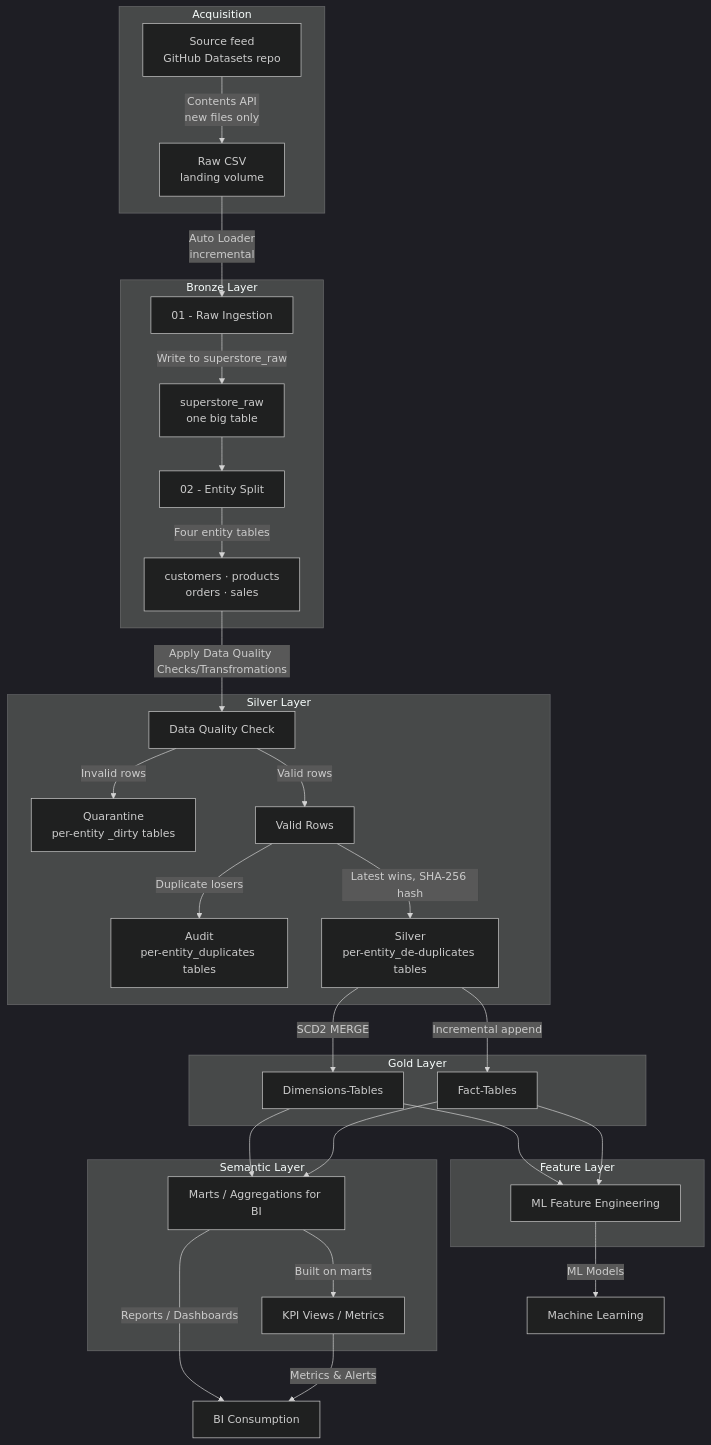
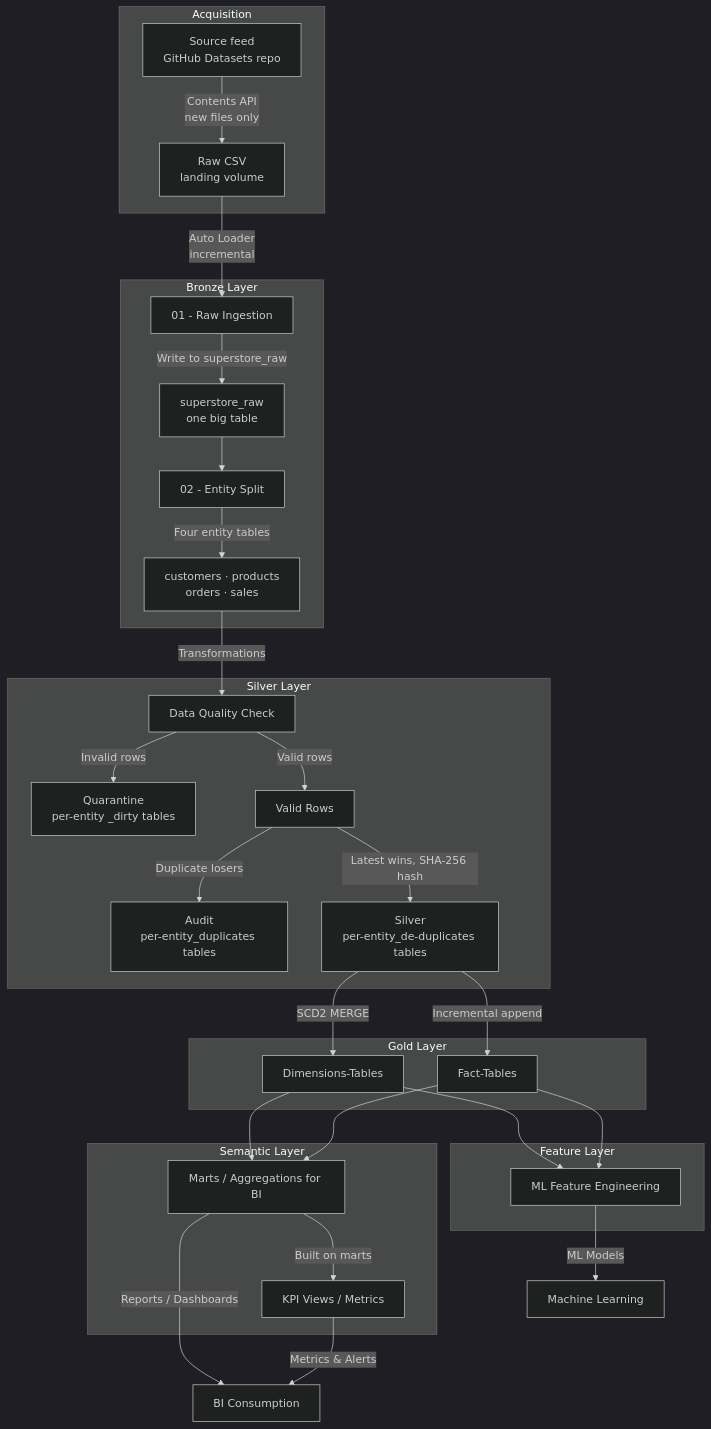
The diagram in README.md (111BM/databricks-lakehouse-platform), drawn with Mermaid (dark theme) before and after one commit.

Commit message:
Updated Architecture

````diff
--- a/README.md
+++ b/README.md
@@ -15,57 +15,57 @@
 ```mermaid
 flowchart TD
     subgraph ACQ[Acquisition]
         SRC[Source feed<br/>GitHub Datasets repo]
         VOL[Raw CSV<br/>landing volume]
         SRC -->|Contents API<br/>new files only| VOL
     end
 
     subgraph BRONZE[Bronze Layer]
         ING[01 - Raw Ingestion]
         RAW["superstore_raw<br/>one big table"]
         SPLIT[02 - Entity Split]
         ENT["customers · products<br/>orders · sales"]
         ING -->|Write to superstore_raw| RAW
         RAW --> SPLIT
         SPLIT -->|Four entity tables| ENT
     end
 
     subgraph SILVER[Silver Layer]
         DQ[Data Quality Check]
         QUAR["Quarantine<br/>per-entity _dirty tables"]
         GOOD[Valid Rows]
         AUD["Audit<br/>per-entity_duplicates tables"]
         SLV["Silver<br/>per-entity_de-duplicates tables"]
         DQ -->|Invalid rows| QUAR
         DQ -->|Valid rows| GOOD
         GOOD -->|Duplicate losers| AUD
         GOOD -->|Latest wins, SHA-256 hash| SLV
     end
 
     subgraph GOLD[Gold Layer]
         DIM["Dimensions-Tables"]
         FCT["Fact-Tables"]
     end
 
     subgraph SEM[Semantic Layer]
         MARTS[Marts / Aggregations for BI]
         KPI[KPI Views / Metrics]
     end
 
     subgraph FEAT[Feature Layer]
         MLF[ML Feature Engineering]
     end
 
     VOL -->|Auto Loader<br/>incremental| ING
-    ENT -->|Apply Data Quality Checks/Transfromations| DQ
+    ENT -->|Transformations| DQ
     SLV -->|SCD2 MERGE| DIM
     SLV -->|Incremental append| FCT
     DIM --> MARTS
     FCT --> MARTS
     DIM --> MLF
     FCT --> MLF
     MARTS -->|Built on marts| KPI
     MARTS -->|Reports / Dashboards| BI[BI Consumption]
     KPI -->|Metrics & Alerts| BI
     MLF -->|ML Models| MLC[Machine Learning]
 ```
````
